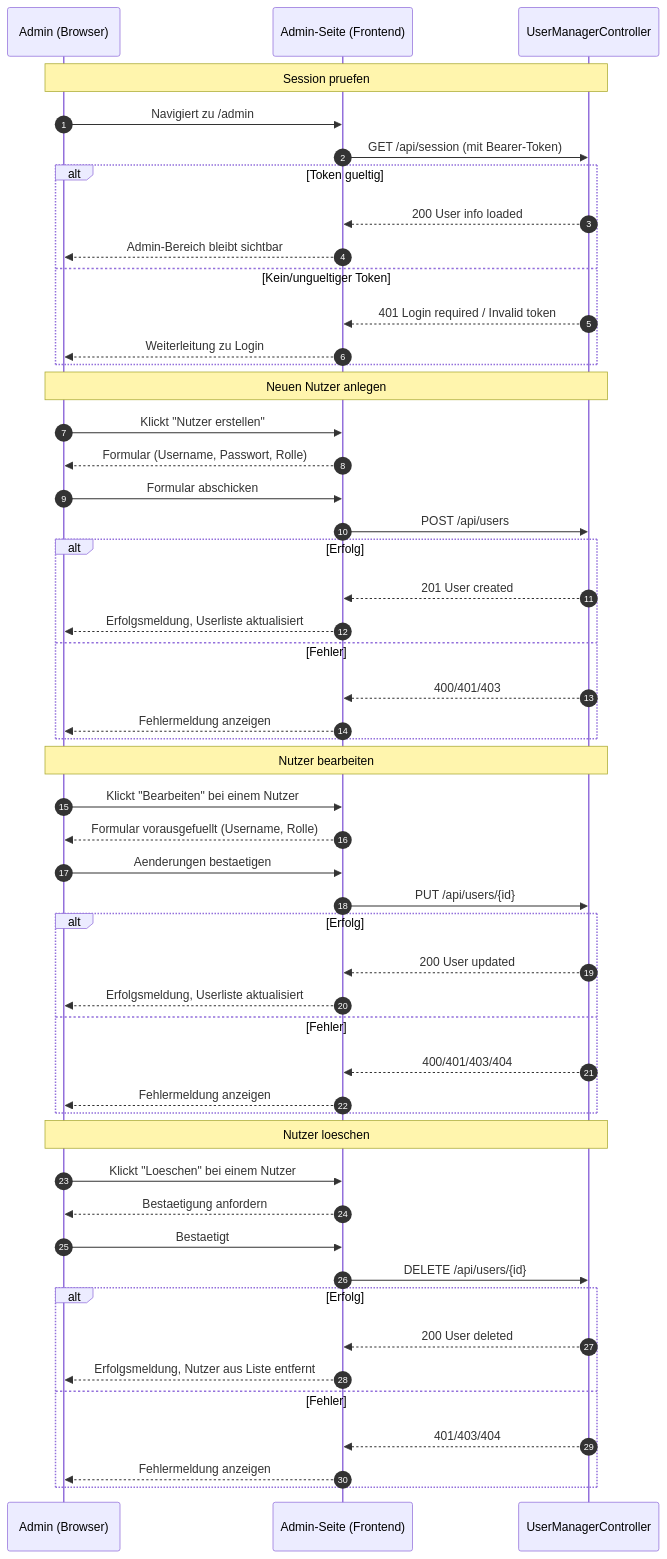
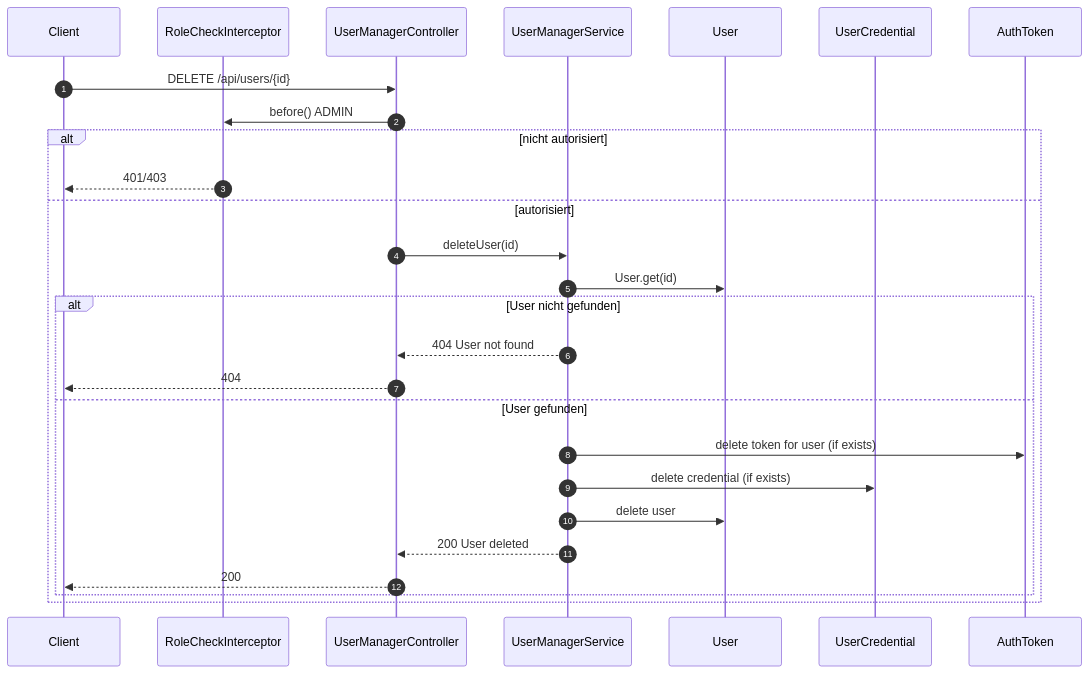
One commit to g8rdier/urban-flow-governance changed the eighth of 9 diagrams in docs/domain/USER_MANAGEMENT.md. Above: the diagram before and after it, drawn with Mermaid. The commit also changed other lines of this file, not shown here.

Commit message:
docs: Streamlined User Mgmt docs

````diff
--- a/docs/domain/USER_MANAGEMENT.md
+++ b/docs/domain/USER_MANAGEMENT.md
@@ -214,61 +279,32 @@
 ```mermaid
 sequenceDiagram
-	autonumber
-	participant A as Admin (Browser)
-	participant UI as Admin-Seite (Frontend)
-	participant UMC as UserManagerController
+    autonumber
+    participant C as Client
+    participant RCI as RoleCheckInterceptor
+    participant UMC as UserManagerController
+    participant UMS as UserManagerService
+    participant U as User
+    participant UC as UserCredential
+    participant AT as AuthToken
 
-	note over A,UMC: Session pruefen
+    C->>UMC: DELETE /api/users/{id}
+    UMC->>RCI: before() ADMIN
 
-	A->>UI: Navigiert zu /admin
-	UI->>UMC: GET /api/session (mit Bearer-Token)
-	alt Token gueltig
-		UMC-->>UI: 200 User info loaded
-		UI-->>A: Admin-Bereich bleibt sichtbar
-	else Kein/ungueltiger Token
-		UMC-->>UI: 401 Login required / Invalid token
-		UI-->>A: Weiterleitung zu Login
-	end
+    alt nicht autorisiert
+        RCI-->>C: 401/403
+    else autorisiert
+        UMC->>UMS: deleteUser(id)
+        UMS->>U: User.get(id)
 
-	note over A,UMC: Neuen Nutzer anlegen
-
-	A->>UI: Klickt "Nutzer erstellen"
-	UI-->>A: Formular (Username, Passwort, Rolle)
-	A->>UI: Formular abschicken
-	UI->>UMC: POST /api/users
-	alt Erfolg
-		UMC-->>UI: 201 User created
-		UI-->>A: Erfolgsmeldung, Userliste aktualisiert
-	else Fehler
-		UMC-->>UI: 400/401/403
-		UI-->>A: Fehlermeldung anzeigen
-	end
-
-	note over A,UMC: Nutzer bearbeiten
-
-	A->>UI: Klickt "Bearbeiten" bei einem Nutzer
-	UI-->>A: Formular vorausgefuellt (Username, Rolle)
-	A->>UI: Aenderungen bestaetigen
-	UI->>UMC: PUT /api/users/{id}
-	alt Erfolg
-		UMC-->>UI: 200 User updated
-		UI-->>A: Erfolgsmeldung, Userliste aktualisiert
-	else Fehler
-		UMC-->>UI: 400/401/403/404
-		UI-->>A: Fehlermeldung anzeigen
-	end
-
-	note over A,UMC: Nutzer loeschen
-
-	A->>UI: Klickt "Loeschen" bei einem Nutzer
-	UI-->>A: Bestaetigung anfordern
-	A->>UI: Bestaetigt
-	UI->>UMC: DELETE /api/users/{id}
-	alt Erfolg
-		UMC-->>UI: 200 User deleted
-		UI-->>A: Erfolgsmeldung, Nutzer aus Liste entfernt
-	else Fehler
-		UMC-->>UI: 401/403/404
-		UI-->>A: Fehlermeldung anzeigen
-	end
+        alt User nicht gefunden
+            UMS-->>UMC: 404 User not found
+            UMC-->>C: 404
+        else User gefunden
+            UMS->>AT: delete token for user (if exists)
+            UMS->>UC: delete credential (if exists)
+            UMS->>U: delete user
+            UMS-->>UMC: 200 User deleted
+            UMC-->>C: 200
+        end
+    end
 ```
````
